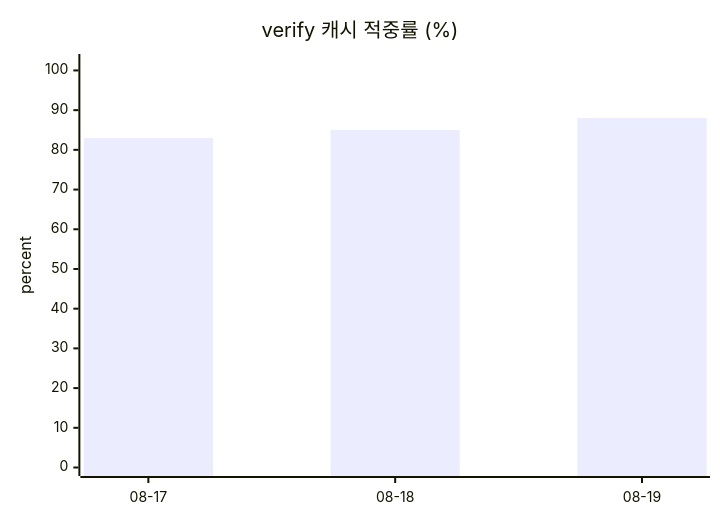
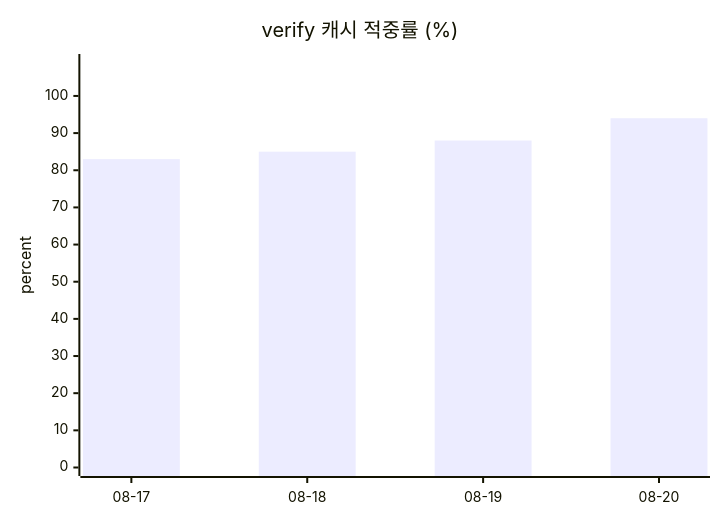
One commit to userri/PinQ-backend changed the second of 2 diagrams in docs/data/token-usage.md. Above: the diagram before and after it, drawn with Mermaid. The commit also changed other lines of this file and 4 other files, not shown here.

````diff
--- a/docs/data/token-usage.md
+++ b/docs/data/token-usage.md
@@ -55,7 +58,7 @@
 ```mermaid
 xychart-beta
     title "verify 캐시 적중률 (%)"
-    x-axis ["08-17", "08-18", "08-19"]
-    y-axis "percent" 0 --> 102
-    bar [83, 85, 88]
+    x-axis ["08-17", "08-18", "08-19", "08-20"]
+    y-axis "percent" 0 --> 109
+    bar [83, 85, 88, 94]
 ```
````
